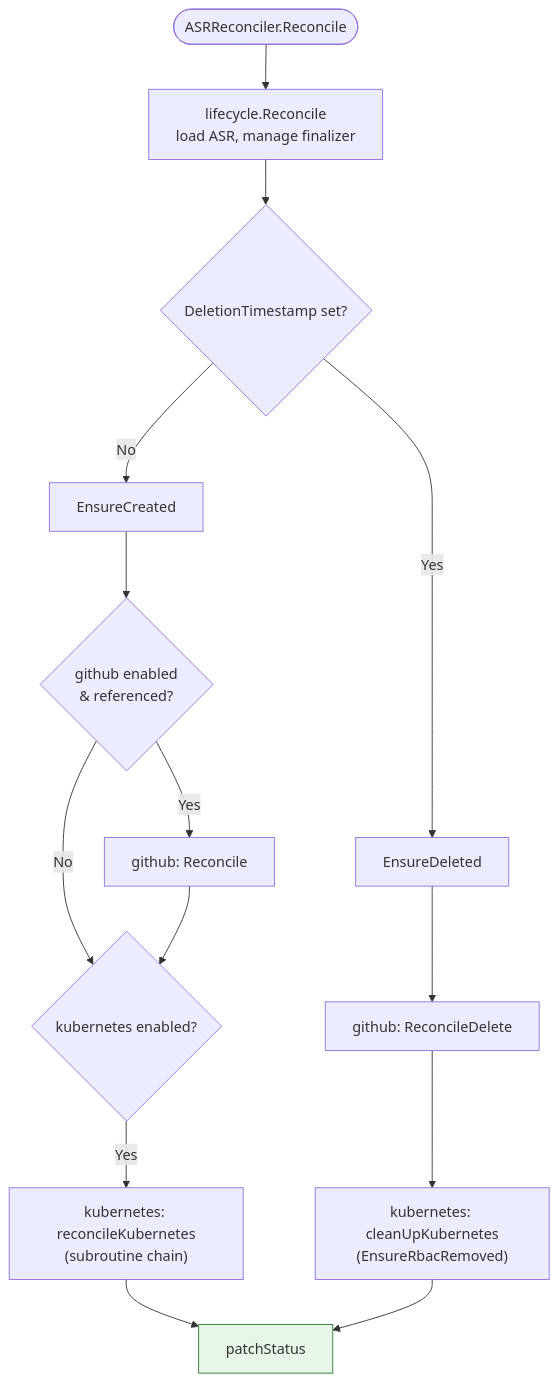
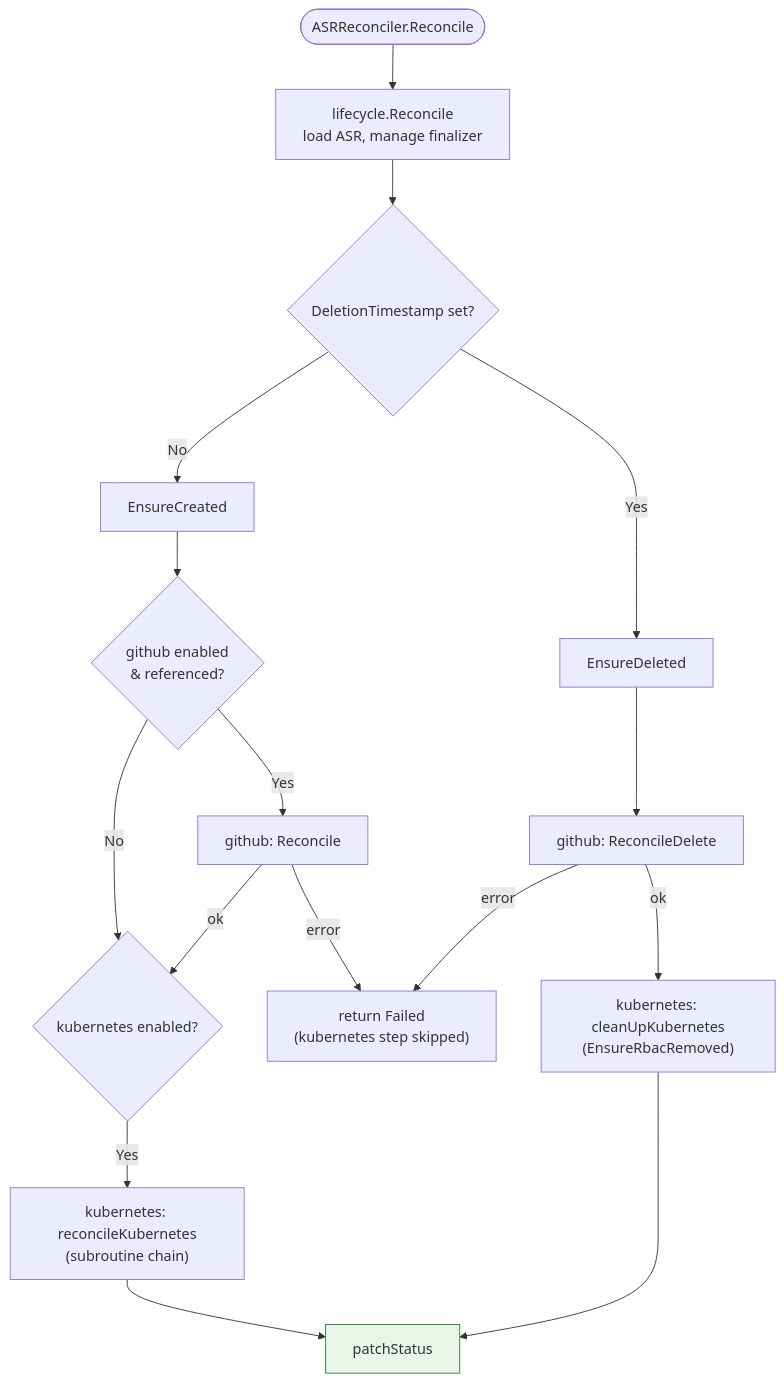
The first of 5 diagrams in docs/reconciler-flows.md (cloudoperators/permission-manager), drawn with Mermaid before and after one commit. The commit also changed other lines of this file and 2 other files, not shown here.

First line of the commit message:
docs: apply review feedback on reconcile flow and drift fixes

````diff
--- a/docs/reconciler-flows.md
+++ b/docs/reconciler-flows.md
@@ -30,28 +30,30 @@
 ```mermaid
 flowchart TD
     RECONCILE(["ASRReconciler.Reconcile"])
     RECONCILE --> LIFECYCLE["lifecycle.Reconcile<br/>load ASR, manage finalizer"]
 
     LIFECYCLE --> DEL{"DeletionTimestamp set?"}
     DEL -->|"No"| CREATED["EnsureCreated"]
     DEL -->|"Yes"| DELETED["EnsureDeleted"]
 
     CREATED --> GH_C{"github enabled<br/>& referenced?"}
     GH_C -->|"Yes"| GHRUN["github: Reconcile"]
     GH_C -->|"No"| K8S_C
-    GHRUN --> K8S_C{"kubernetes enabled?"}
+    GHRUN -->|"error"| FAILED["return Failed<br/>(kubernetes step skipped)"]
+    GHRUN -->|"ok"| K8S_C{"kubernetes enabled?"}
     K8S_C -->|"Yes"| K8SRUN["kubernetes: reconcileKubernetes<br/>(subroutine chain)"]
 
     DELETED --> GH_D["github: ReconcileDelete"]
-    GH_D --> K8S_D["kubernetes: cleanUpKubernetes<br/>(EnsureRbacRemoved)"]
+    GH_D -->|"error"| FAILED
+    GH_D -->|"ok"| K8S_D["kubernetes: cleanUpKubernetes<br/>(EnsureRbacRemoved)"]
 
     K8SRUN --> PATCH["patchStatus"]
     K8S_D --> PATCH
 
     click RECONCILE "https://github.com/cloudoperators/permission-manager/blob/main/internal/controller/asr_controller.go" "ASRReconciler.Reconcile"
     click LIFECYCLE "https://github.com/cloudoperators/permission-manager/blob/main/internal/lifecycle/reconcile.go" "lifecycle.Reconcile"
     click CREATED "https://github.com/cloudoperators/permission-manager/blob/main/internal/controller/asr_controller.go" "EnsureCreated"
     click DELETED "https://github.com/cloudoperators/permission-manager/blob/main/internal/controller/asr_controller.go" "EnsureDeleted"
 
     style PATCH fill:#e8f5e9,stroke:#2e7d32
 ```
````
